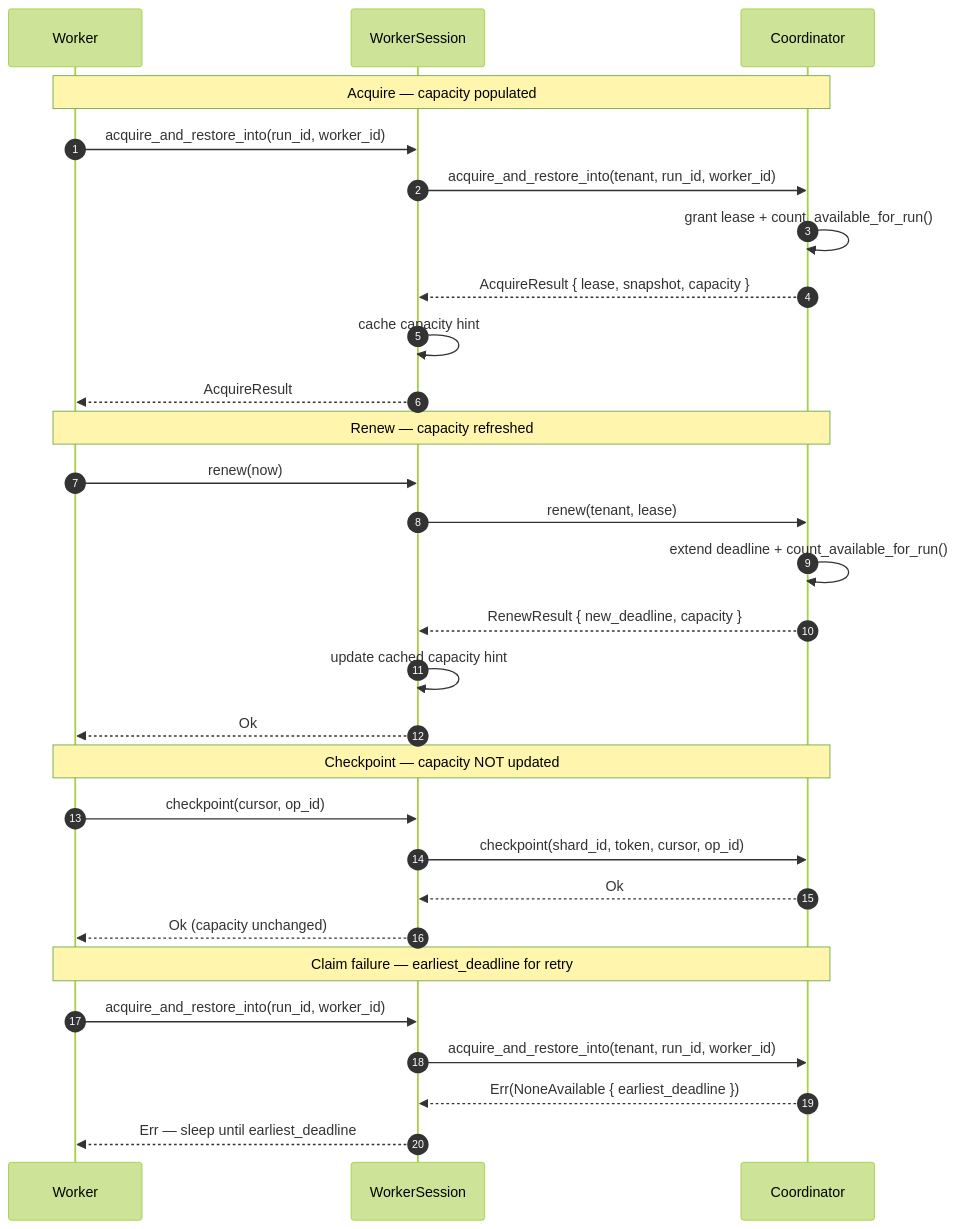
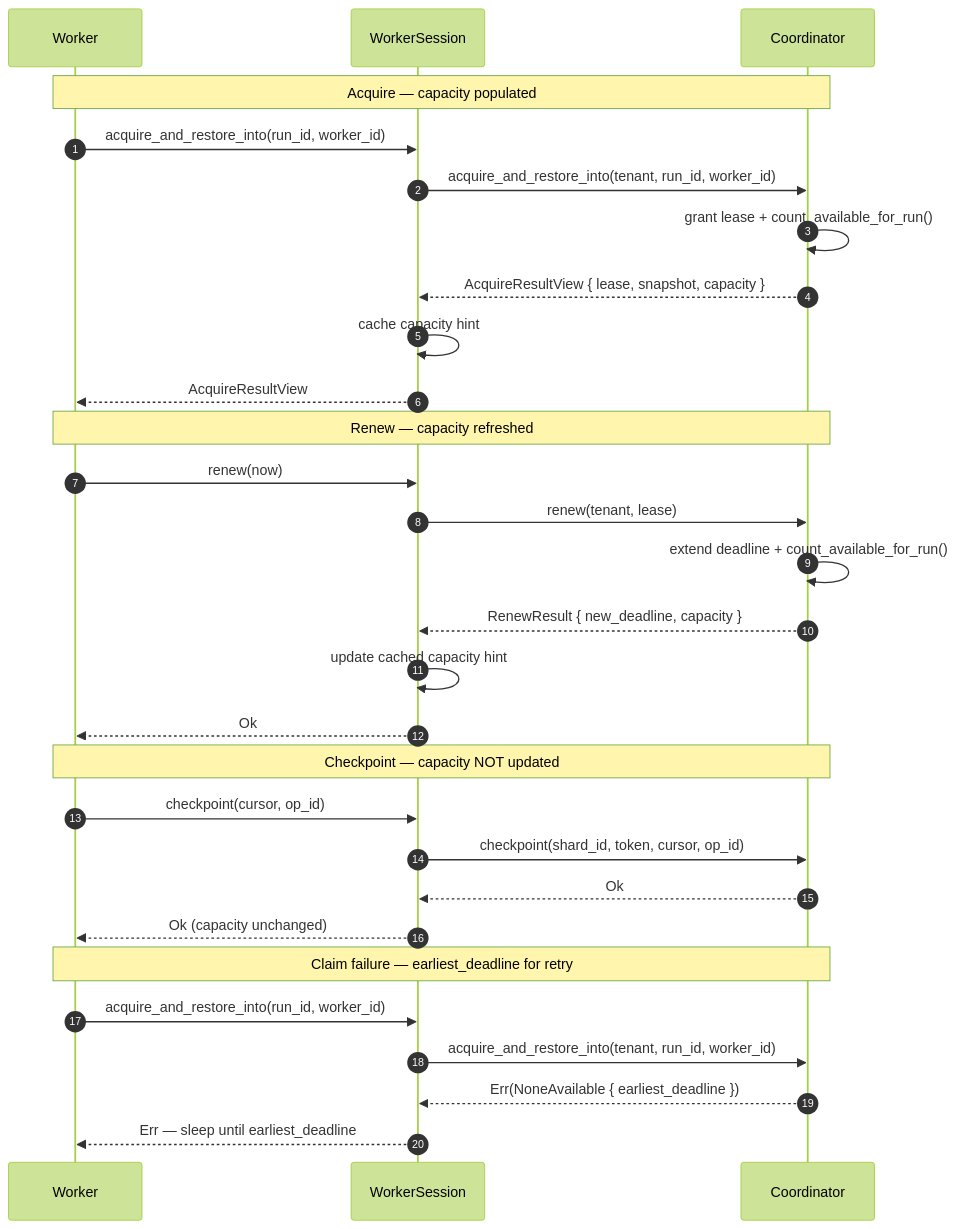
The sixth of 7 diagrams in diagrams/07-lease-lifecycle.md (ahrav/Gossip-rs), drawn with Mermaid (forest theme) before and after one commit. The commit also changed other lines of this file and 5 other files, not shown here.

Commit message:
Update diagram documentation: refine 12-step scan sequence and clarify boundary roles

````diff
--- a/diagrams/07-lease-lifecycle.md
+++ b/diagrams/07-lease-lifecycle.md
@@ -406,36 +406,36 @@
 ```mermaid
 %% Diagram: capacity-piggybacking-sequence
 sequenceDiagram
     autonumber
     participant W as Worker
     participant WS as WorkerSession
     participant CO as Coordinator
 
     Note over W,CO: Acquire — capacity populated
     W->>WS: acquire_and_restore_into(run_id, worker_id)
     WS->>CO: acquire_and_restore_into(tenant, run_id, worker_id)
     CO->>CO: grant lease + count_available_for_run()
-    CO-->>WS: AcquireResult { lease, snapshot, capacity }
+    CO-->>WS: AcquireResultView { lease, snapshot, capacity }
     WS->>WS: cache capacity hint
-    WS-->>W: AcquireResult
+    WS-->>W: AcquireResultView
 
     Note over W,CO: Renew — capacity refreshed
     W->>WS: renew(now)
     WS->>CO: renew(tenant, lease)
     CO->>CO: extend deadline + count_available_for_run()
     CO-->>WS: RenewResult { new_deadline, capacity }
     WS->>WS: update cached capacity hint
     WS-->>W: Ok
 
     Note over W,CO: Checkpoint — capacity NOT updated
     W->>WS: checkpoint(cursor, op_id)
     WS->>CO: checkpoint(shard_id, token, cursor, op_id)
     CO-->>WS: Ok
     WS-->>W: Ok (capacity unchanged)
 
     Note over W,CO: Claim failure — earliest_deadline for retry
     W->>WS: acquire_and_restore_into(run_id, worker_id)
     WS->>CO: acquire_and_restore_into(tenant, run_id, worker_id)
     CO-->>WS: Err(NoneAvailable { earliest_deadline })
     WS-->>W: Err — sleep until earliest_deadline
 ```
````
